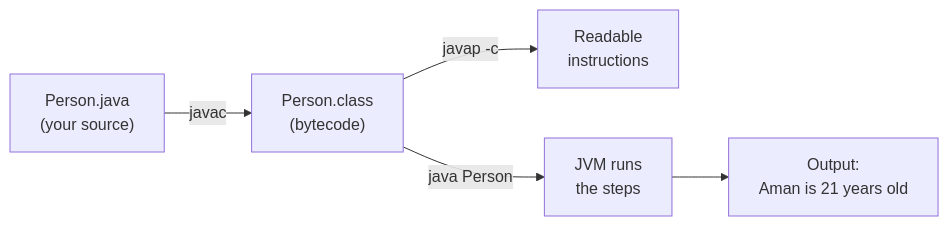
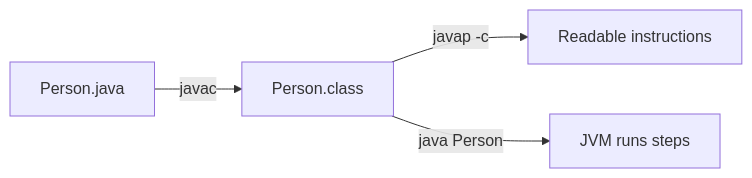
The diagram in labs/Week 1 - Java and JVM Foundations/module-01/exercises/exercise-08-javap.md (Innovation-In-Software/bc-sw-engineer-java-participant), drawn with Mermaid before and after one commit. The commit also changed other lines of this file and 406 other files, not shown here.

````diff
--- a/labs/Week 1 - Java and JVM Foundations/module-01/exercises/exercise-08-javap.md
+++ b/labs/Week 1 - Java and JVM Foundations/module-01/exercises/exercise-08-javap.md
@@ -23,7 +28,6 @@
 ```mermaid
 flowchart LR
-    A["Person.java<br/>(your source)"] -->|javac| B["Person.class<br/>(bytecode)"]
-    B -->|javap -c| C["Readable<br/>instructions"]
-    B -->|java Person| D["JVM runs<br/>the steps"]
-    D --> E["Output:<br/>Aman is 21 years old"]
+    A["Person.java"] -->|javac| B["Person.class"]
+    B -->|javap -c| C["Readable instructions"]
+    B -->|java Person| D["JVM runs steps"]
 ```
````
